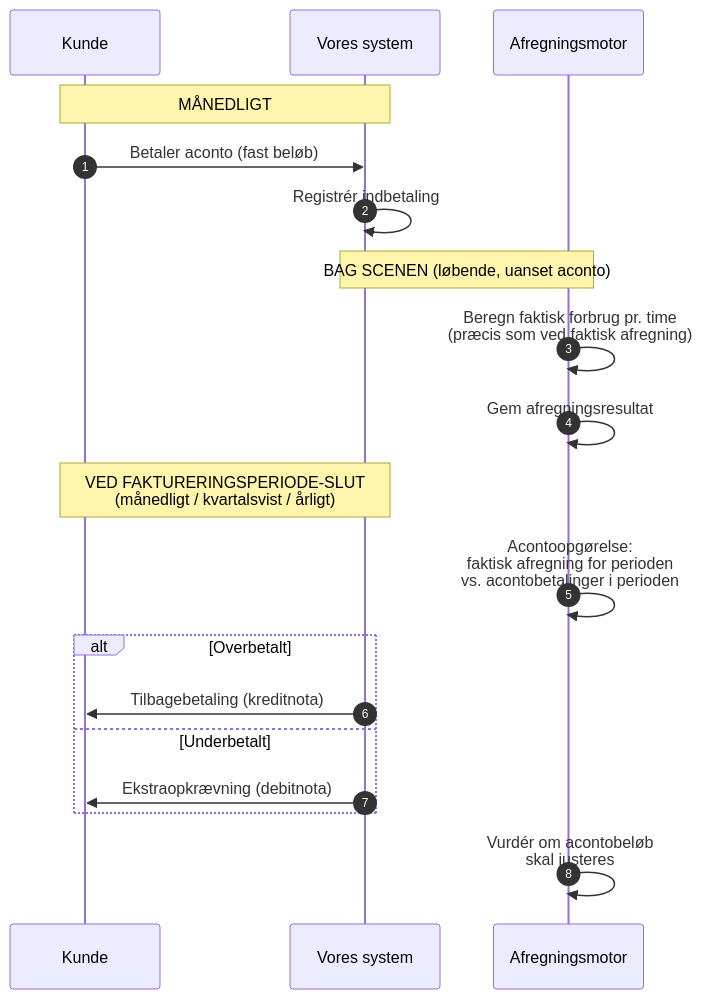
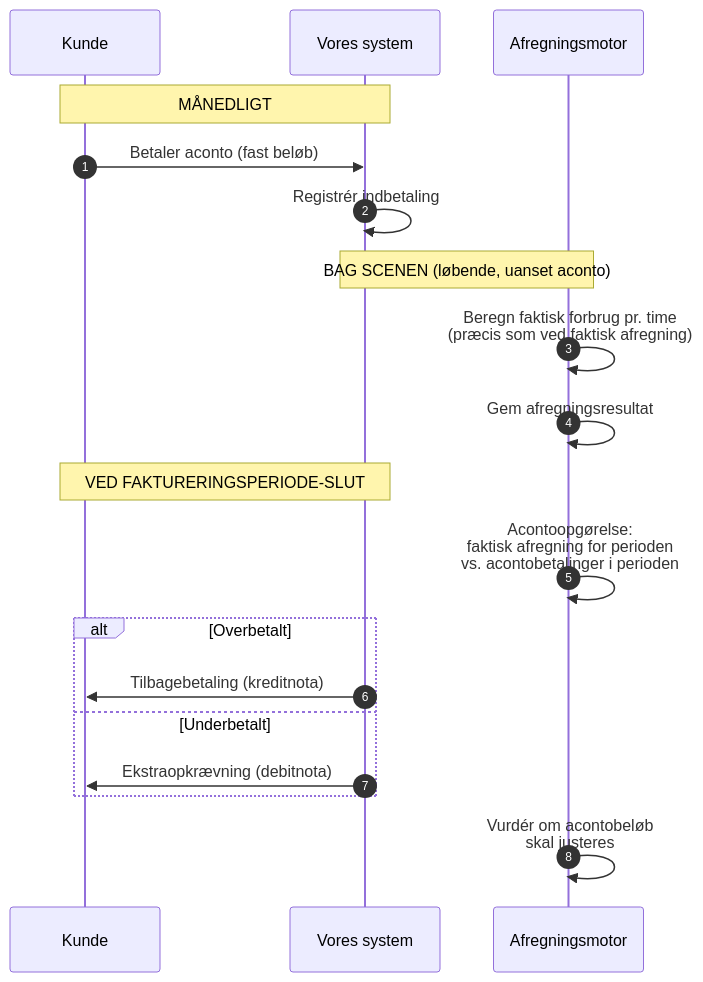
Before and after one commit to kloppnr1/Wattzon: the diagram in docs/datahub3-product-and-billing.md, drawn with Mermaid.

Commit message:
Fix aconto diagram: opgørelse follows faktureringsperiode
Remove separate frequency listing from diagram — acontoopgørelse
is not an independent choice, it simply follows the billing period.

https://claude.ai/code/session_01D7ZMrHmz1hR963pLbAcJ9e

````diff
--- a/docs/datahub3-product-and-billing.md
+++ b/docs/datahub3-product-and-billing.md
@@ -231,26 +231,26 @@
 ```mermaid
 sequenceDiagram
     autonumber
     participant K as Kunde
     participant V as Vores system
     participant S as Afregningsmotor
 
     Note over K,V: MÅNEDLIGT
     K->>V: Betaler aconto (fast beløb)
     V->>V: Registrér indbetaling
 
     Note over V,S: BAG SCENEN (løbende, uanset aconto)
     S->>S: Beregn faktisk forbrug pr. time<br/>(præcis som ved faktisk afregning)
     S->>S: Gem afregningsresultat
 
-    Note over K,V: VED FAKTURERINGSPERIODE-SLUT<br/>(månedligt / kvartalsvist / årligt)
+    Note over K,V: VED FAKTURERINGSPERIODE-SLUT
     S->>S: Acontoopgørelse:<br/>faktisk afregning for perioden<br/>vs. acontobetalinger i perioden
 
     alt Overbetalt
         V->>K: Tilbagebetaling (kreditnota)
     else Underbetalt
         V->>K: Ekstraopkrævning (debitnota)
     end
 
     S->>S: Vurdér om acontobeløb<br/>skal justeres
 ```
````
